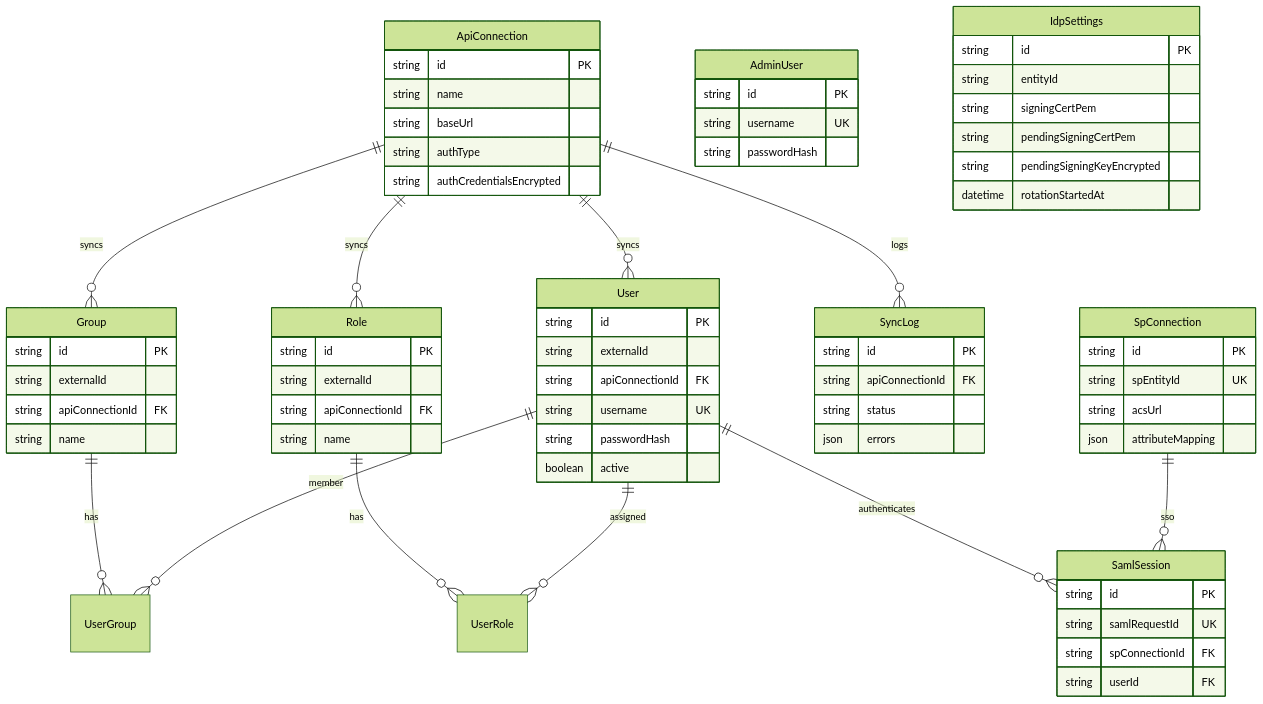
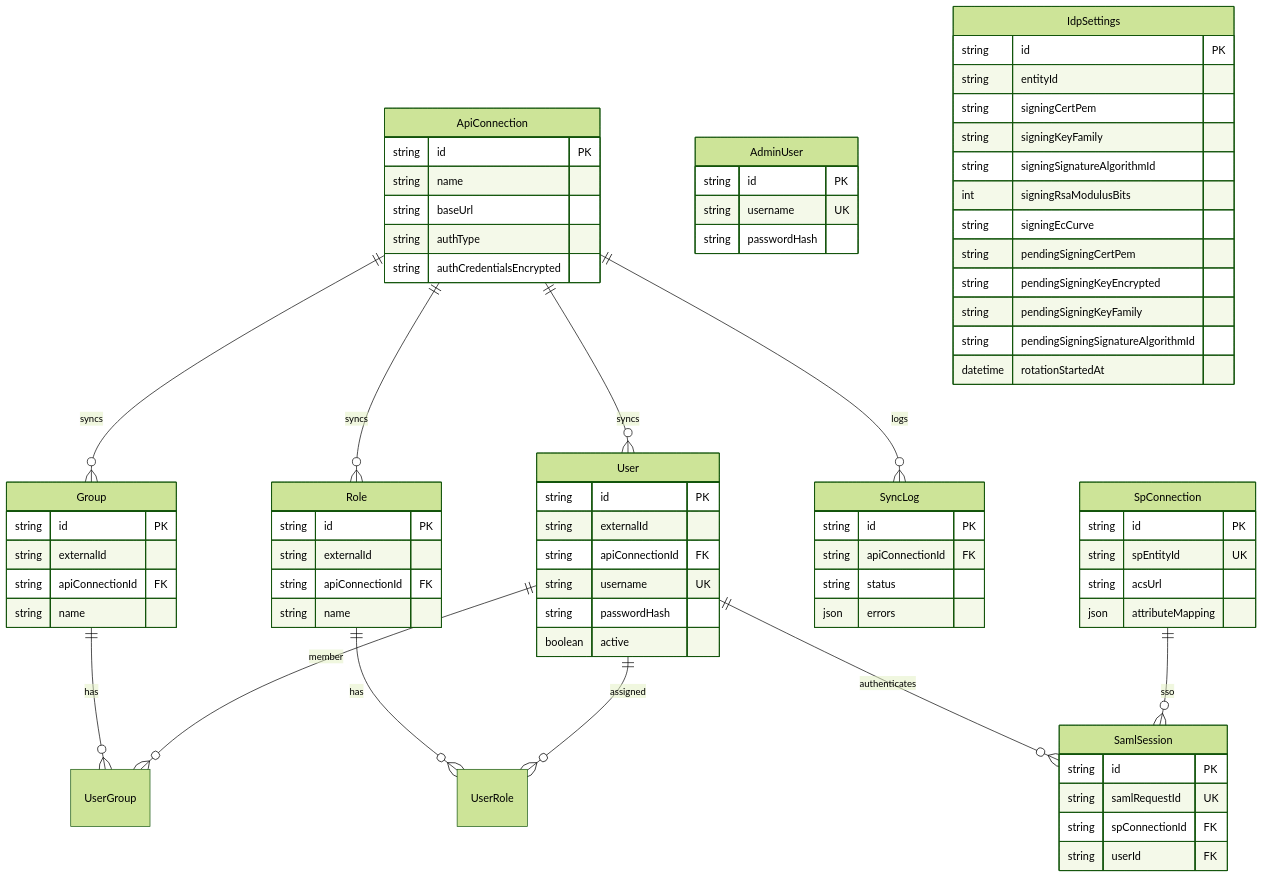
The diagram in docs/img/schema-entities.mmd (01laky/NestIdP), drawn with Mermaid (forest theme) before and after one commit. The commit also changed 69 other files, not shown here.

```diff
--- a/docs/img/schema-entities.mmd
+++ b/docs/img/schema-entities.mmd
@@ -1,78 +1,84 @@
 erDiagram
 	ApiConnection ||--o{ User : syncs
 	ApiConnection ||--o{ Group : syncs
 	ApiConnection ||--o{ Role : syncs
 	ApiConnection ||--o{ SyncLog : logs
 	User ||--o{ UserGroup : member
 	Group ||--o{ UserGroup : has
 	User ||--o{ UserRole : assigned
 	Role ||--o{ UserRole : has
 	SpConnection ||--o{ SamlSession : sso
 	User ||--o{ SamlSession : authenticates
 
 	ApiConnection {
 		string id PK
 		string name
 		string baseUrl
 		string authType
 		string authCredentialsEncrypted
 	}
 
 	User {
 		string id PK
 		string externalId
 		string apiConnectionId FK
 		string username UK
 		string passwordHash
 		boolean active
 	}
 
 	Group {
 		string id PK
 		string externalId
 		string apiConnectionId FK
 		string name
 	}
 
 	Role {
 		string id PK
 		string externalId
 		string apiConnectionId FK
 		string name
 	}
 
 	SpConnection {
 		string id PK
 		string spEntityId UK
 		string acsUrl
 		json attributeMapping
 	}
 
 	AdminUser {
 		string id PK
 		string username UK
 		string passwordHash
 	}
 
 	SyncLog {
 		string id PK
 		string apiConnectionId FK
 		string status
 		json errors
 	}
 
 	SamlSession {
 		string id PK
 		string samlRequestId UK
 		string spConnectionId FK
 		string userId FK
 	}
 
 	IdpSettings {
 		string id PK
 		string entityId
 		string signingCertPem
+		string signingKeyFamily
+		string signingSignatureAlgorithmId
+		int signingRsaModulusBits
+		string signingEcCurve
 		string pendingSigningCertPem
 		string pendingSigningKeyEncrypted
+		string pendingSigningKeyFamily
+		string pendingSigningSignatureAlgorithmId
 		datetime rotationStartedAt
 	}
```
